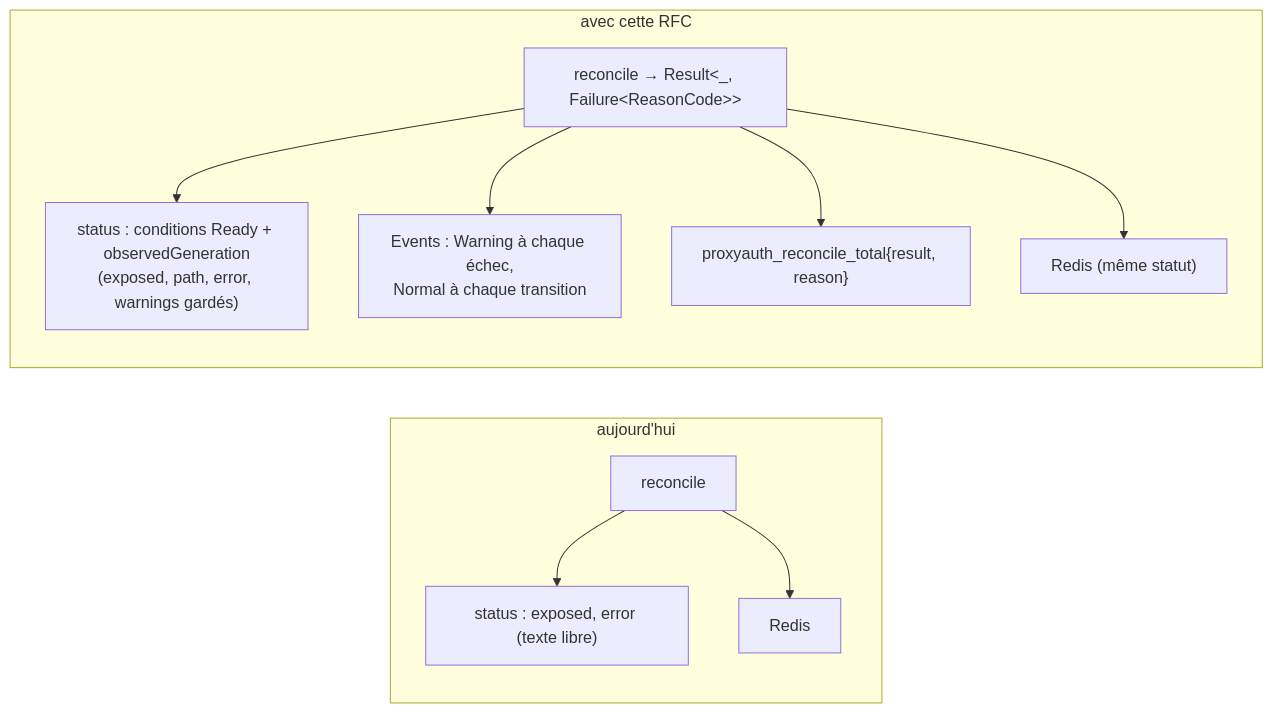
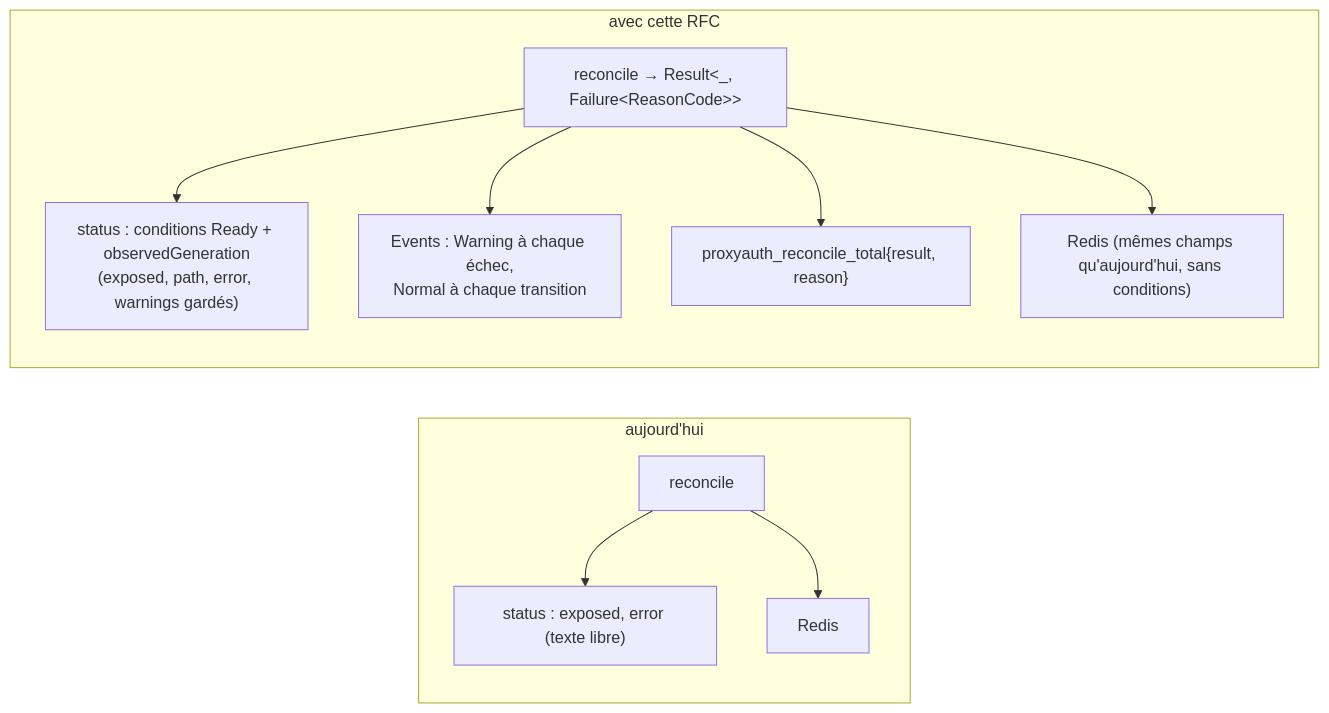
Before and after one commit to batleforc/ProxyAuthK8S: the first of 5 diagrams in .rfc/0011-adopt-kit-runtime-crates.md, drawn with Mermaid. The commit also changed other lines of this file and 143 other files, not shown here.

````diff
--- a/.rfc/0011-adopt-kit-runtime-crates.md
+++ b/.rfc/0011-adopt-kit-runtime-crates.md
@@ -57,13 +59,13 @@
 ```mermaid
 flowchart LR
     subgraph T["aujourd'hui"]
         R1["reconcile"] --> S1["status : exposed, error (texte libre)"]
         R1 --> X1["Redis"]
     end
     subgraph W["avec cette RFC"]
         R2["reconcile → Result&lt;_, Failure&lt;ReasonCode&gt;&gt;"] --> S2["status : conditions Ready + observedGeneration<br/>(exposed, path, error, warnings gardés)"]
         R2 --> E2["Events : Warning à chaque échec,<br/>Normal à chaque transition"]
         R2 --> M2["proxyauth_reconcile_total{result, reason}"]
-        R2 --> X2["Redis (même statut)"]
+        R2 --> X2["Redis (mêmes champs qu'aujourd'hui, sans conditions)"]
     end
 ```
````
